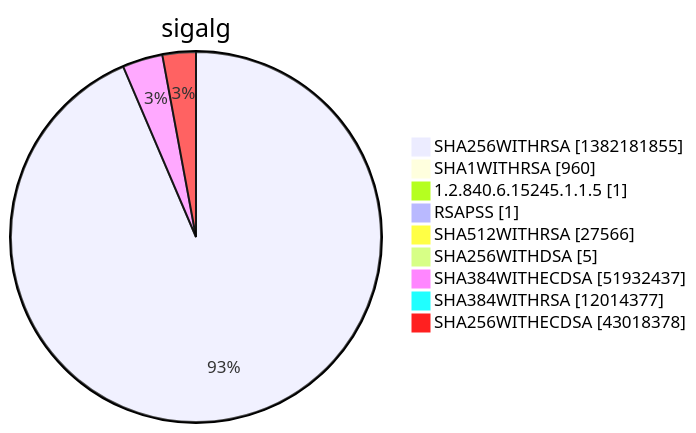
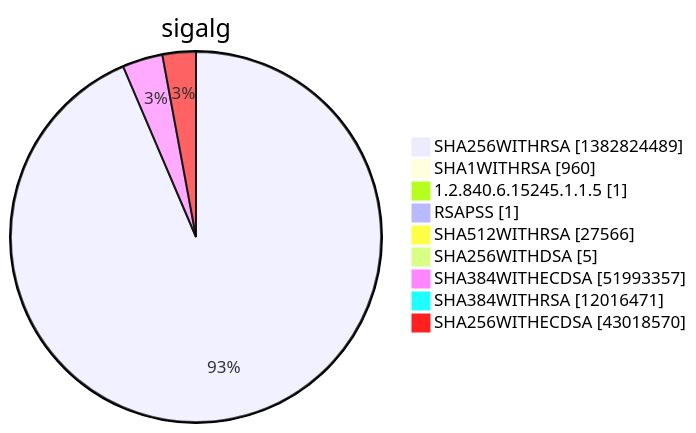
Before and after one commit to christiankrug/ctmonitor_visualization: diagram 15 of 15 in argon2022/README.md, drawn with Mermaid. The commit also changed other lines of this file, not shown here.

````diff
--- a/argon2022/README.md
+++ b/argon2022/README.md
@@ -5524,13 +5524,13 @@
 ```mermaid
 pie showData
 title sigalg
-"SHA256WITHRSA" :1382181855
+"SHA256WITHRSA" :1382824489
 "SHA1WITHRSA" :960
 "1.2.840.6.15245.1.1.5" :1
 "RSAPSS" :1
 "SHA512WITHRSA" :27566
 "SHA256WITHDSA" :5
-"SHA384WITHECDSA" :51932437
-"SHA384WITHRSA" :12014377
-"SHA256WITHECDSA" :43018378
+"SHA384WITHECDSA" :51993357
+"SHA384WITHRSA" :12016471
+"SHA256WITHECDSA" :43018570
 ```
````
